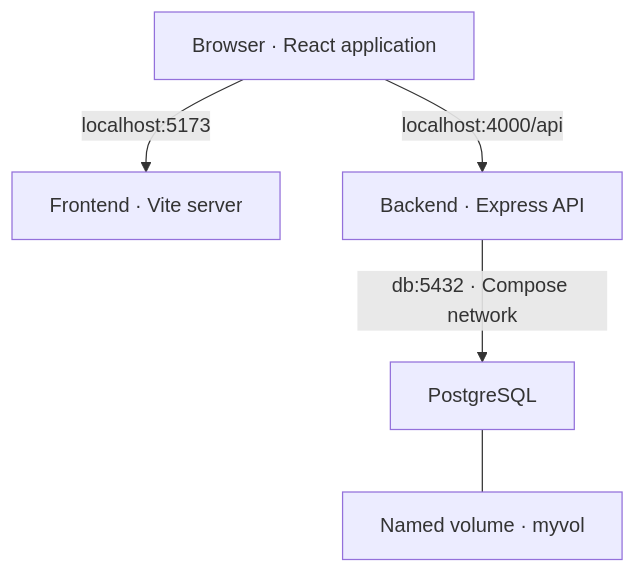
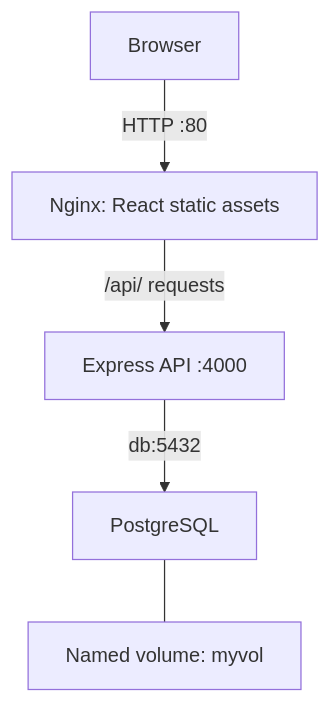
The diagram in README.md (shreyan21/CI-CD-project), drawn with Mermaid before and after one commit. The commit also changed other lines of this file and 14 other files, not shown here.

````diff
--- a/README.md
+++ b/README.md
@@ -38,7 +25,7 @@
 ```mermaid
 flowchart TD
-  U["Browser · React application"] -->|"localhost:5173"| F["Frontend · Vite server"]
-  U -->|"localhost:4000/api"| B["Backend · Express API"]
-  B -->|"db:5432 · Compose network"| D["PostgreSQL"]
-  D --- V["Named volume · myvol"]
+  U["Browser"] -->|"HTTP :80"| N["Nginx: React static assets"]
+  N -->|"/api/ requests"| A["Express API :4000"]
+  A -->|"db:5432"| D["PostgreSQL"]
+  D --- V["Named volume: myvol"]
 ```
````
